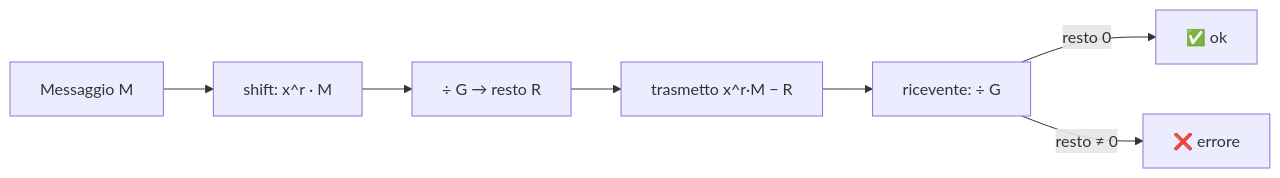
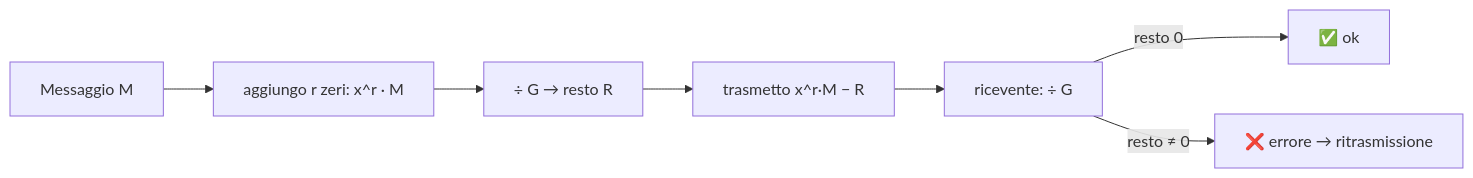
The second of 2 diagrams in Codici di correzione errori (Reed-Solomon, CRC, LDPC).md (Nadaloner/networking), drawn with Mermaid before and after one commit. The commit also changed other lines of this file and 3 other files, not shown here.

````diff
--- a/Codici di correzione errori (Reed-Solomon, CRC, LDPC).md
+++ b/Codici di correzione errori (Reed-Solomon, CRC, LDPC).md
@@ -106,9 +173,9 @@
 ```mermaid
 graph LR
-    M[Messaggio M] --> S[shift: x^r · M]
+    M[Messaggio M] --> S[aggiungo r zeri: x^r · M]
     S --> D[÷ G → resto R]
     D --> T[trasmetto x^r·M − R]
     T --> RX[ricevente: ÷ G]
     RX -->|resto 0| OK[✅ ok]
-    RX -->|resto ≠ 0| KO[❌ errore]
+    RX -->|resto ≠ 0| KO[❌ errore → ritrasmissione]
 ```
````
